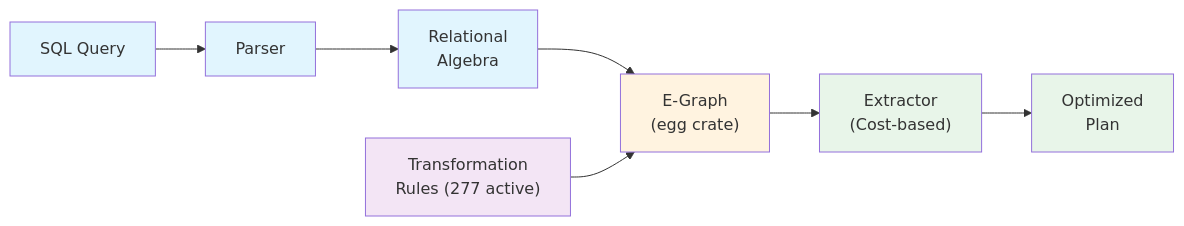
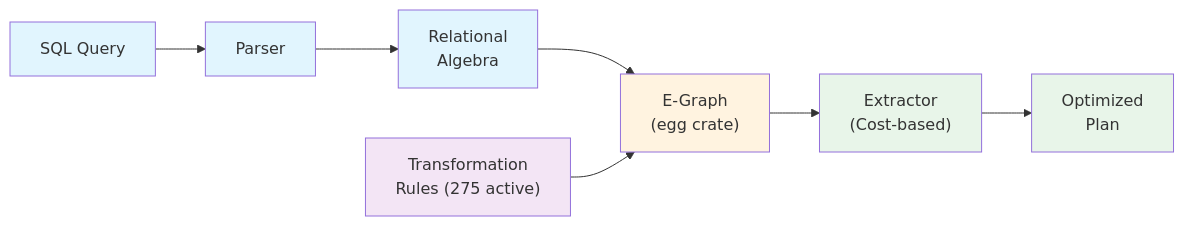
The diagram in docs/readme.md (gburd/ra), drawn with Mermaid before and after one commit. The commit also changed other lines of this file and 10 other files, not shown here.

````diff
--- a/docs/readme.md
+++ b/docs/readme.md
@@ -137,17 +137,17 @@
 ```mermaid
 graph LR
     SQL["SQL Query"] --> Parser["Parser"]
     Parser --> RA["Relational<br/>Algebra"]
     RA --> EGraph["E-Graph<br/>(egg crate)"]
-    Rules["Transformation<br/>Rules (277 active)"] --> EGraph
+    Rules["Transformation<br/>Rules (275 active)"] --> EGraph
     EGraph --> Extractor["Extractor<br/>(Cost-based)"]
     Extractor --> Plan["Optimized<br/>Plan"]
 
     style SQL fill:#e1f5fe
     style Parser fill:#e1f5fe
     style RA fill:#e1f5fe
     style EGraph fill:#fff3e0
     style Rules fill:#f3e5f5
     style Extractor fill:#e8f5e9
     style Plan fill:#e8f5e9
 ```
````
